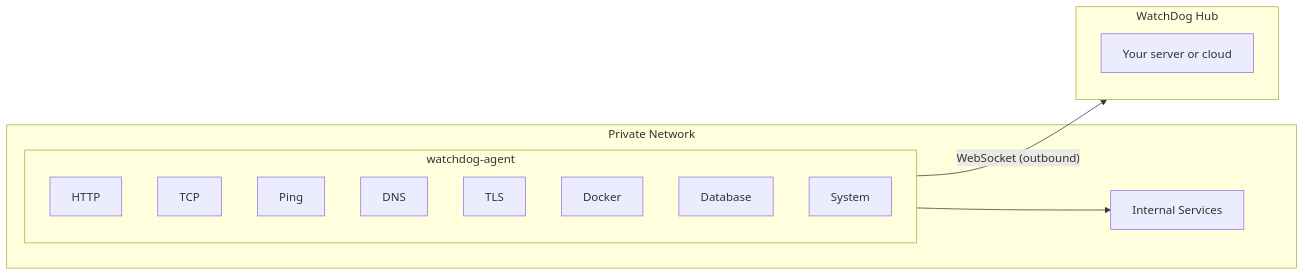
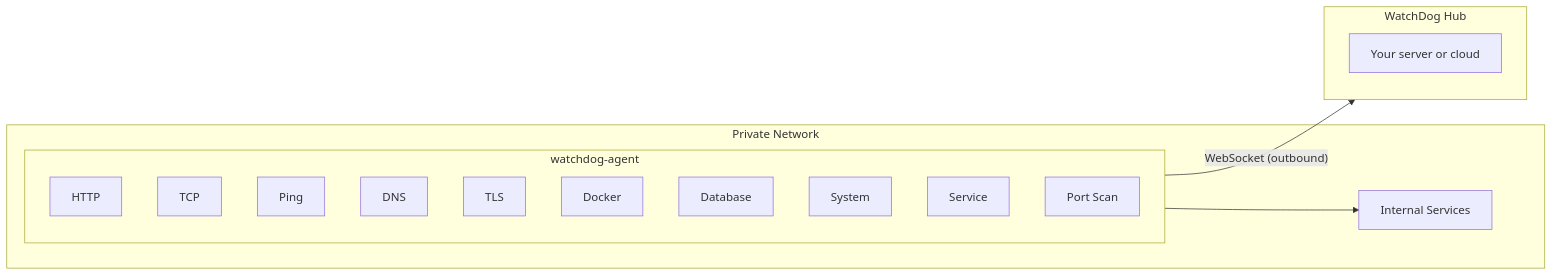
Before and after one commit to sylvester-francis/watchdog-agent: the diagram in README.md, drawn with Mermaid. The commit also changed other lines of this file, not shown here.

````diff
--- a/README.md
+++ b/README.md
@@ -39,23 +39,25 @@
 ```mermaid
 graph LR
     subgraph net["Private Network"]
         subgraph agent["watchdog-agent"]
             HTTP
             TCP
             Ping
             DNS
             TLS
             Docker
             Database
             System
+            Service
+            PortScan["Port Scan"]
         end
         Services["Internal Services"]
         agent --> Services
     end
 
     subgraph hub["WatchDog Hub"]
         Server["Your server or cloud"]
     end
 
     agent -- "WebSocket (outbound)" --> hub
 ```
````
